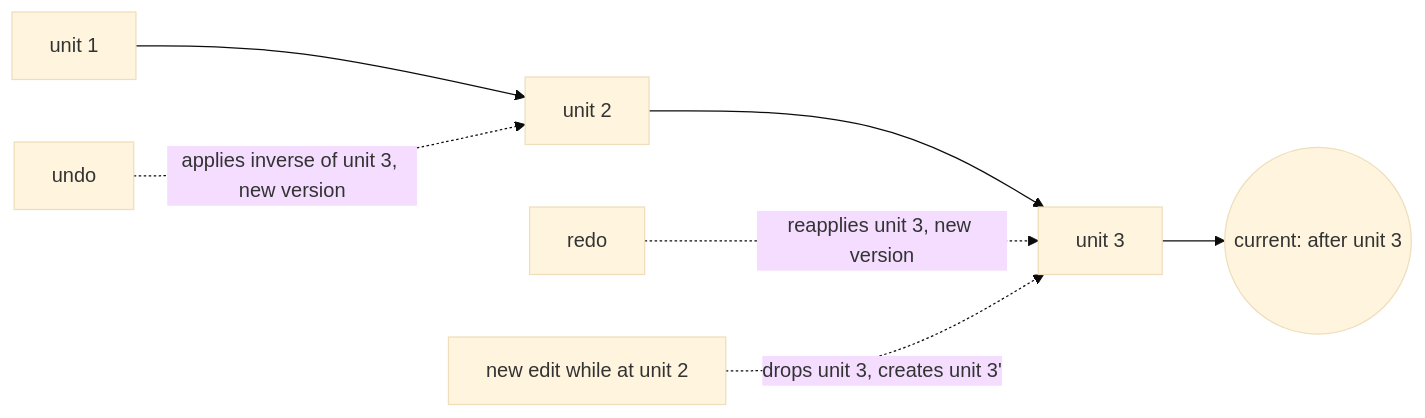
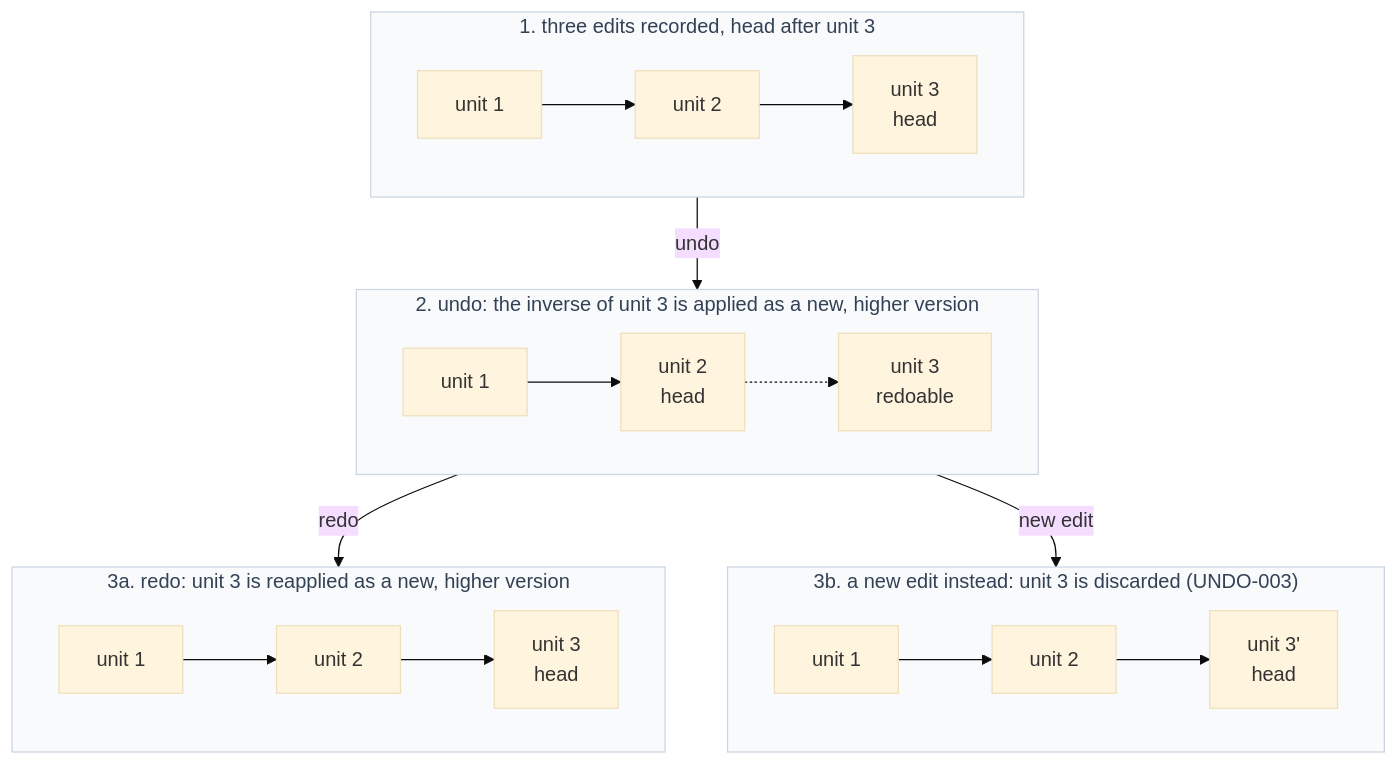
One commit to cdin-editor/spec changed the first of 2 diagrams in docs/kernel/undo-redo.md. Above: the diagram before and after it, drawn with Mermaid (base theme). The commit also changed other lines of this file and 8 other files, not shown here.

Commit message:
docs(kernel): specify the text engine: documents, text, positions, edits, undo, search

````diff
--- a/docs/kernel/undo-redo.md
+++ b/docs/kernel/undo-redo.md
@@ -12,9 +12,24 @@
 ```mermaid
-flowchart LR
-    U1["unit 1"] --> U2["unit 2"] --> U3["unit 3"]
-    cur(("current: after unit 3"))
-    U3 --> cur
-    UNDO["undo"] -. "applies inverse of unit 3, new version" .-> U2
-    REDO["redo"] -. "reapplies unit 3, new version" .-> U3
-    NEW["new edit while at unit 2"] -. "drops unit 3, creates unit 3'" .-> U3
+flowchart TB
+    subgraph A["1. three edits recorded, head after unit 3"]
+        direction LR
+        a1["unit 1"] --> a2["unit 2"] --> a3["unit 3<br/>head"]
+    end
+    subgraph B["2. undo: the inverse of unit 3 is applied as a new, higher version"]
+        direction LR
+        b1["unit 1"] --> b2["unit 2<br/>head"] -.-> b3["unit 3<br/>redoable"]
+    end
+    subgraph C["3a. redo: unit 3 is reapplied as a new, higher version"]
+        direction LR
+        c1["unit 1"] --> c2["unit 2"] --> c3["unit 3<br/>head"]
+    end
+    subgraph D["3b. a new edit instead: unit 3 is discarded (UNDO-003)"]
+        direction LR
+        d1["unit 1"] --> d2["unit 2"] --> d3["unit 3'<br/>head"]
+    end
+    A -- "undo" --> B
+    B -- "redo" --> C
+    B -- "new edit" --> D
+    classDef group fill:#f8fafc,stroke:#cbd5e1,color:#334155
+    class A,B,C,D group
 ```
````
